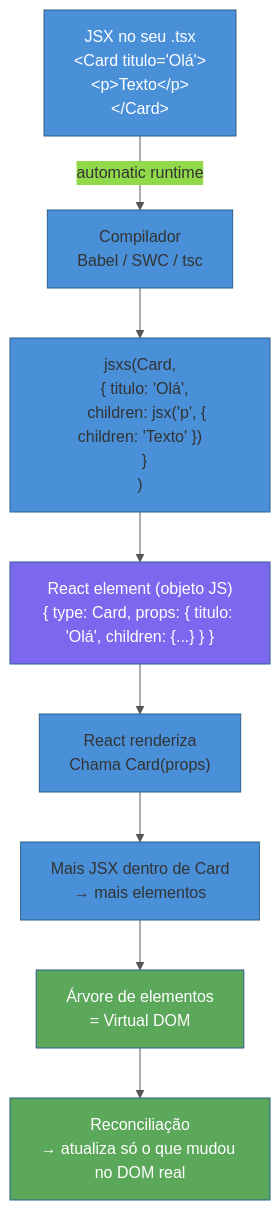
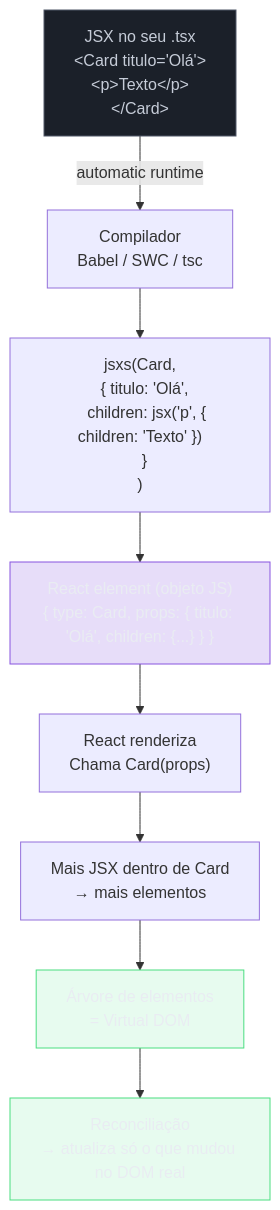
The second of 2 diagrams in 03-Dominios/Tecnologia/React/React core/02 - JSX a fundo.md (josenaldo/codex-technomanticus), drawn with Mermaid before and after one commit. The commit also changed other lines of this file and 1181 other files, not shown here.

First line of the commit message:
fix(diagramas): paleta do sistema no lugar de cor cravada no markdown

````diff
--- a/03-Dominios/Tecnologia/React/React core/02 - JSX a fundo.md
+++ b/03-Dominios/Tecnologia/React/React core/02 - JSX a fundo.md
@@ -492,25 +494,27 @@
 ```mermaid
-%%{init: {"theme": "base", "themeVariables": {"primaryColor": "#4A90D9", "nodeBorder": "#2C5F8A", "lineColor": "#555"}}}%%
 graph TD
+    classDef neutro fill:#1B2029,stroke:#4E5666,color:#C6CCD8
+    classDef marca fill:#8855DF33,stroke:#8855DF,color:#E9ECF2
+    classDef ok fill:#4ADE8021,stroke:#4ADE80,color:#E9ECF2
     A["JSX no seu .tsx\n&lt;Card titulo='Olá'&gt;\n  &lt;p&gt;Texto&lt;/p&gt;\n&lt;/Card&gt;"]
     B["Compilador\nBabel / SWC / tsc"]
     C["jsxs(Card,\n  { titulo: 'Olá',\n    children: jsx('p', { children: 'Texto' })\n  }\n)"]
     D["React element (objeto JS)\n{ type: Card, props: { titulo: 'Olá', children: {...} } }"]
     E["React renderiza\nChama Card(props)"]
     F["Mais JSX dentro de Card\n→ mais elementos"]
     G["Árvore de elementos\n= Virtual DOM"]
     H["Reconciliação\n→ atualiza só o que mudou no DOM real"]
 
     A -->|"automatic runtime"| B
     B --> C
     C --> D
     D --> E
     E --> F
     F --> G
     G --> H
 
-    style A fill:#4A90D9,color:#fff
-    style D fill:#7B68EE,color:#fff
-    style G fill:#5BA85A,color:#fff
-    style H fill:#5BA85A,color:#fff
+    class A neutro
+    class D marca
+    class G ok
+    class H ok
 ```
````
